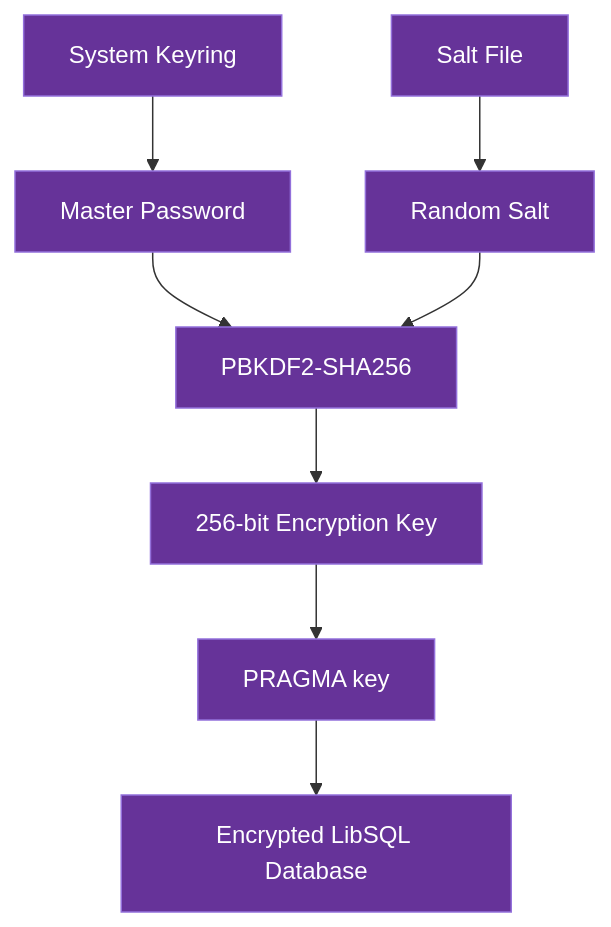
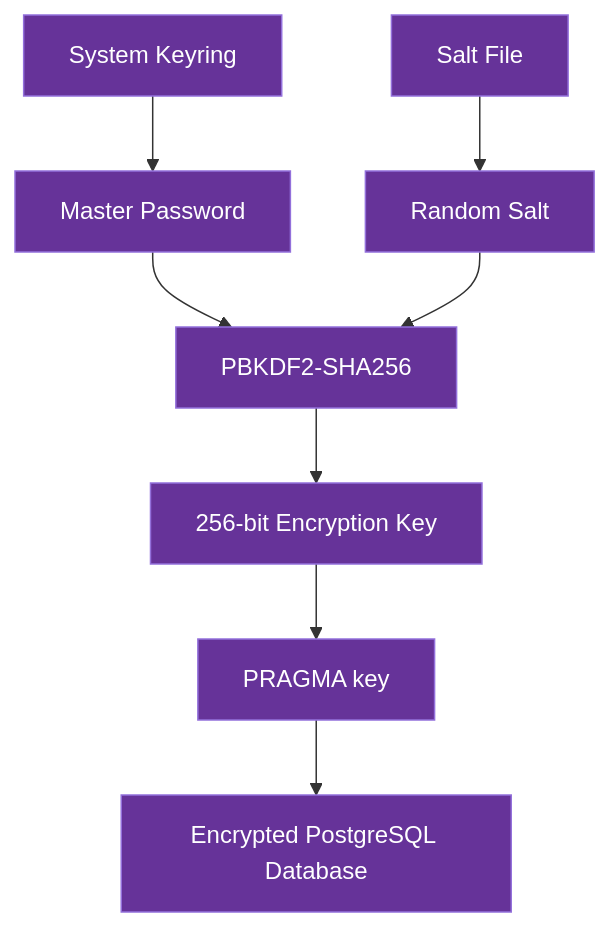
One commit to boeni-industries/aico changed the second of 3 diagrams in docs/security/data-security.md. Above: the diagram before and after it, drawn with Mermaid. The commit also changed other lines of this file and 52 other files, not shown here.

````diff
--- a/docs/security/data-security.md
+++ b/docs/security/data-security.md
@@ -102,14 +98,14 @@
 ```mermaid
 flowchart TD
     A[Master Password] --> B[PBKDF2-SHA256]
     C[Random Salt] --> B
     B --> D[256-bit Encryption Key]
     D --> E[PRAGMA key]
-    E --> F[Encrypted LibSQL Database]
+    E --> F[Encrypted PostgreSQL Database]
     
     G[System Keyring] --> A
     H[Salt File] --> C
     
     classDef security fill:#663399,stroke:#9370DB,color:#fff
     class A,B,C,D,E,F,G,H security
 ```
````
